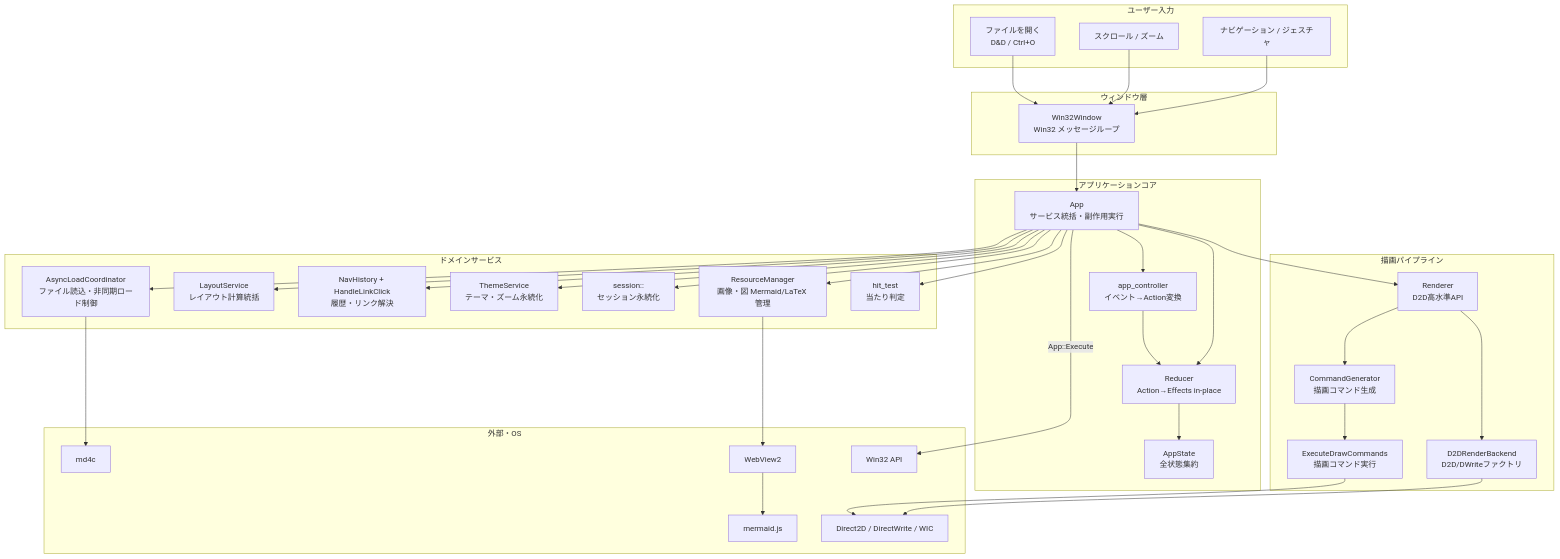
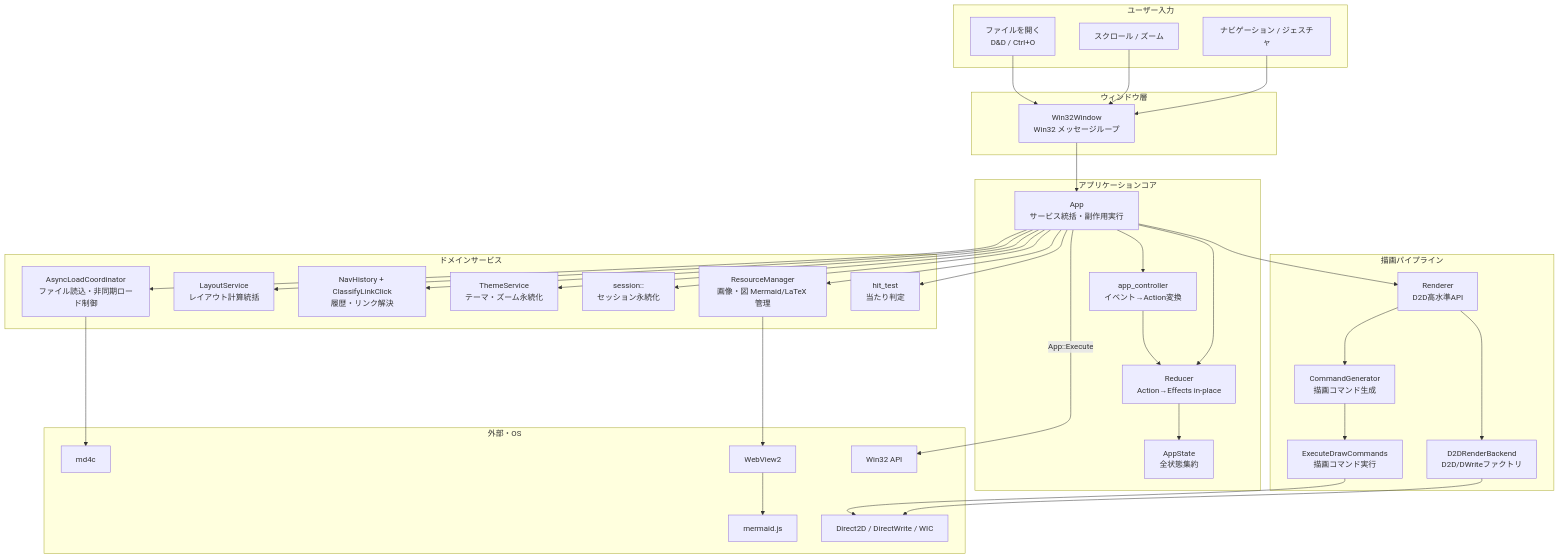
The first of 27 diagrams in example/test.md (tanaton/mendo), drawn with Mermaid before and after one commit. The commit also changed other lines of this file and 4 other files, not shown here.

````diff
--- a/example/test.md
+++ b/example/test.md
@@ -36,61 +36,61 @@
 ```mermaid
 graph TB
     subgraph ユーザー入力
         A[ファイルを開く<br>D&D / Ctrl+O]
         B[スクロール / ズーム]
         C[ナビゲーション / ジェスチャ]
     end
 
     subgraph ウィンドウ層
         W[Win32Window<br>Win32 メッセージループ]
     end
 
     subgraph アプリケーションコア
         APP[App<br>サービス統括・副作用実行]
         AS[AppState<br>全状態集約]
         RD[Reducer<br>Action→Effects in-place]
         AC[app_controller<br>イベント→Action変換]
     end
 
     subgraph ドメインサービス
         FLS[AsyncLoadCoordinator<br>ファイル読込・非同期ロード制御]
         LS[LayoutService<br>レイアウト計算統括]
-        NH[NavHistory + HandleLinkClick<br>履歴・リンク解決]
+        NH[NavHistory + ClassifyLinkClick<br>履歴・リンク解決]
         TS[ThemeService<br>テーマ・ズーム永続化]
         SS_SVC[session::<br>セッション永続化]
         RM[ResourceManager<br>画像・図 Mermaid/LaTeX 管理]
         HT[hit_test<br>当たり判定]
     end
 
     subgraph 描画パイプライン
         CG[CommandGenerator<br>描画コマンド生成]
         CE[ExecuteDrawCommands<br>描画コマンド実行]
         REN[Renderer<br>D2D高水準API]
         RB[D2DRenderBackend<br>D2D/DWriteファクトリ]
     end
 
     subgraph "外部・OS"
         MD[md4c]
         WV[WebView2]
         MJ[mermaid.js]
         D2D_OS[Direct2D / DirectWrite / WIC]
         OS[Win32 API]
     end
 
     A & B & C --> W
     W --> APP
     APP --> AC
     AC --> RD
     APP --> RD
     RD --> AS
     APP -->|App::Execute| OS
     APP --> REN
     REN --> CG
     CG --> CE
     REN --> RB
     CE & RB --> D2D_OS
     APP --> FLS & LS & NH & TS & SS_SVC & RM & HT
     FLS --> MD
     RM --> WV
     WV --> MJ
 ```
````
